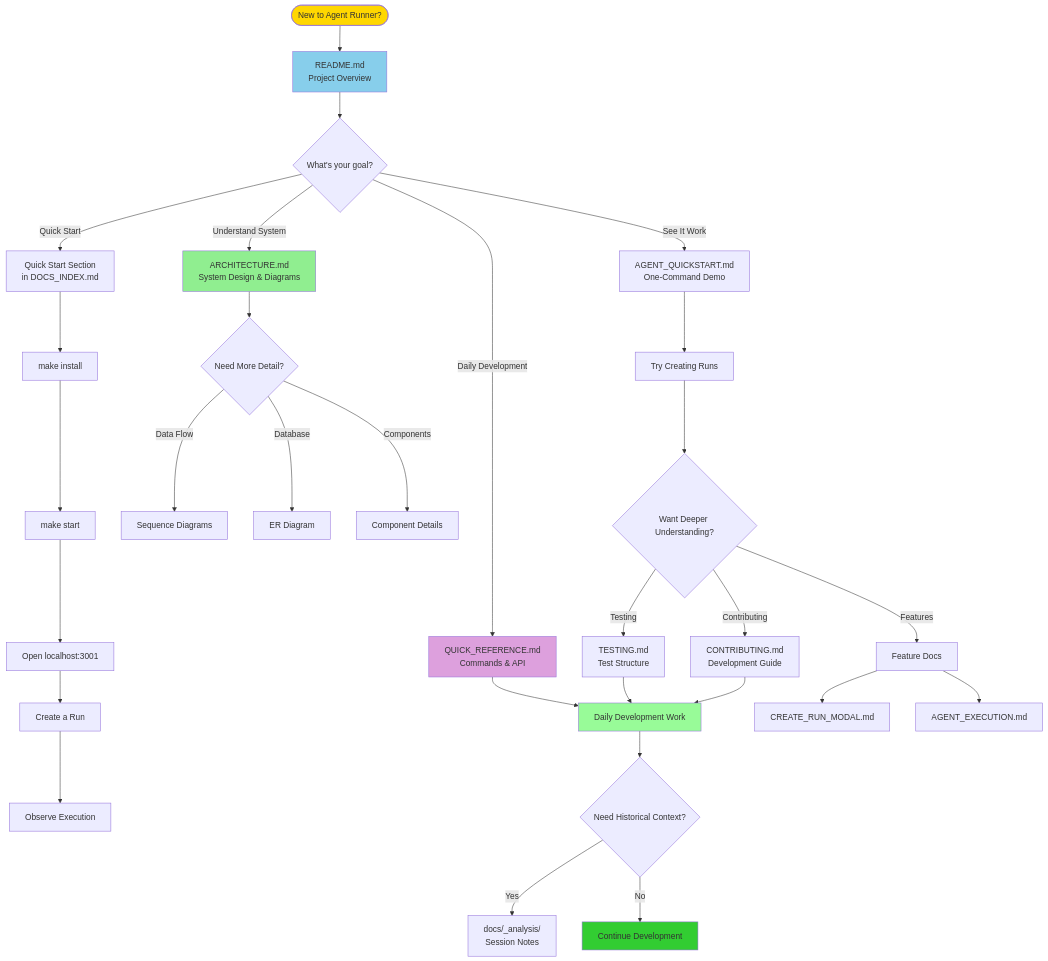
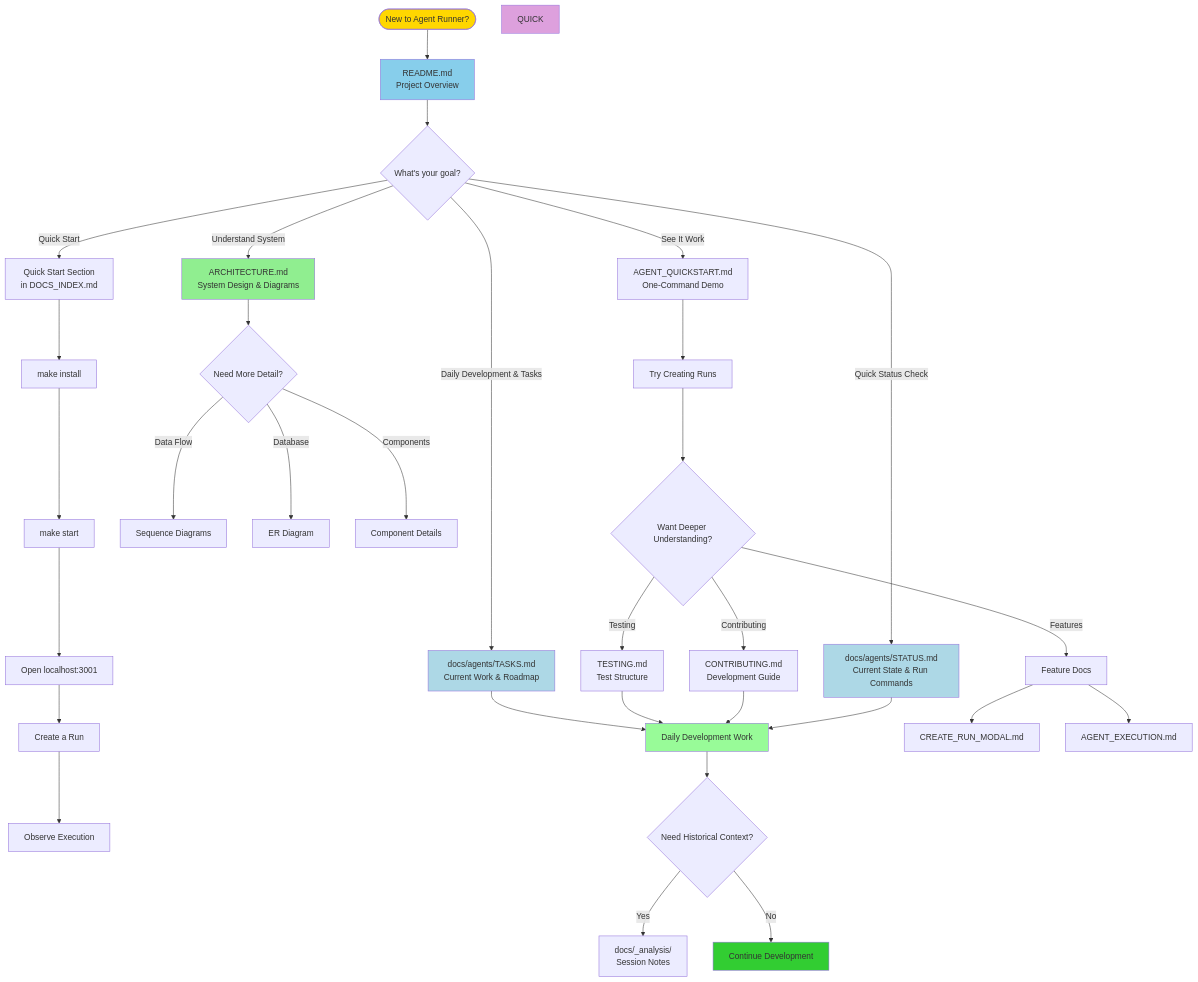
The diagram in DOCS_INDEX.md (johnboyce/agent-runner), drawn with Mermaid before and after one commit. The commit also changed other lines of this file and 3 other files, not shown here.

````diff
--- a/DOCS_INDEX.md
+++ b/DOCS_INDEX.md
@@ -132,47 +149,51 @@
 ```mermaid
 flowchart TD
     START([New to Agent Runner?]) --> README[README.md<br/>Project Overview]
-    
+
     README --> ROLE{What's your goal?}
-    
+
     ROLE -->|Understand System| ARCH[ARCHITECTURE.md<br/>System Design & Diagrams]
     ROLE -->|Quick Start| QS[Quick Start Section<br/>in DOCS_INDEX.md]
-    ROLE -->|Daily Development| QUICK[QUICK_REFERENCE.md<br/>Commands & API]
+    ROLE -->|Daily Development & Tasks| TASKS[docs/agents/TASKS.md<br/>Current Work & Roadmap]
     ROLE -->|See It Work| DEMO[AGENT_QUICKSTART.md<br/>One-Command Demo]
-    
+    ROLE -->|Quick Status Check| STATUS[docs/agents/STATUS.md<br/>Current State & Run Commands]
+
     QS --> INSTALL[make install]
     INSTALL --> START_SERV[make start]
     START_SERV --> BROWSER[Open localhost:3001]
     BROWSER --> CREATE[Create a Run]
     CREATE --> OBSERVE[Observe Execution]
-    
+
     ARCH --> UNDERSTAND{Need More Detail?}
     UNDERSTAND -->|Data Flow| SEQ[Sequence Diagrams]
     UNDERSTAND -->|Database| ERD[ER Diagram]
     UNDERSTAND -->|Components| COMP[Component Details]
-    
+
     DEMO --> TRY[Try Creating Runs]
     TRY --> DEEP{Want Deeper Understanding?}
-    
+
     DEEP -->|Testing| TEST[TESTING.md<br/>Test Structure]
     DEEP -->|Contributing| CONTRIB[CONTRIBUTING.md<br/>Development Guide]
     DEEP -->|Features| FEATURES[Feature Docs]
-    
-    QUICK --> DAILY[Daily Development Work]
+
+    TASKS --> DAILY[Daily Development Work]
     TEST --> DAILY
     CONTRIB --> DAILY
-    
+    STATUS --> DAILY
+
     FEATURES --> MODAL[CREATE_RUN_MODAL.md]
     FEATURES --> EXEC[AGENT_EXECUTION.md]
-    
+
     DAILY --> NEED{Need Historical Context?}
     NEED -->|Yes| ANALYSIS[docs/_analysis/<br/>Session Notes]
     NEED -->|No| WORK[Continue Development]
-    
+
     style START fill:#FFD700
     style README fill:#87CEEB
     style ARCH fill:#90EE90
+    style TASKS fill:#ADD8E6
+    style STATUS fill:#ADD8E6
     style QUICK fill:#DDA0DD
     style DAILY fill:#98FB98
     style WORK fill:#32CD32
 ```
````
